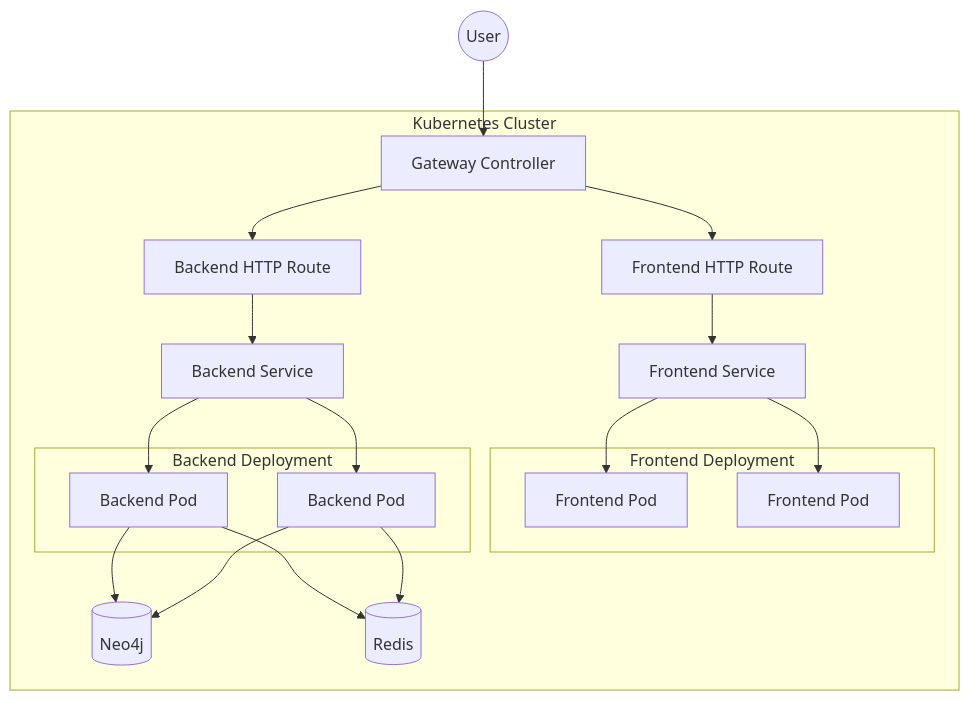
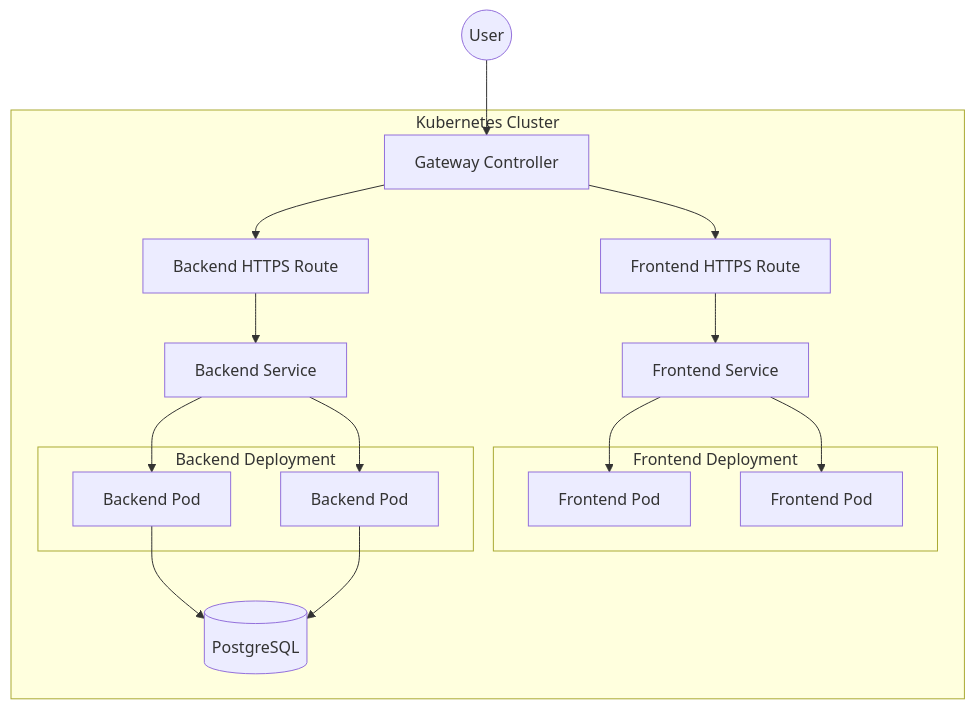
One commit to arikkfir/greenstar changed the diagram in ARCHITECTURE.md. Above: the diagram before and after it, drawn with Mermaid.

Commit message:
docs: update databases in architecture diagram

````diff
--- a/ARCHITECTURE.md
+++ b/ARCHITECTURE.md
@@ -3,37 +3,34 @@
 ```mermaid
 flowchart TB
     user(("User"))
     user --> gateway
     subgraph k8s ["Kubernetes Cluster"]
         gateway["Gateway Controller"]
     %% Frontend
         gateway --> frontendHTTPRoute
-        frontendHTTPRoute["Frontend HTTP Route"]
+        frontendHTTPRoute["Frontend HTTPS Route"]
         frontendService["Frontend Service"]
         frontendHTTPRoute --> frontendService
         frontendService --> frontendPod1
         frontendService --> frontendPod2
         subgraph frontendDeployment["Frontend Deployment"]
             frontendPod1["Frontend Pod"]
             frontendPod2["Frontend Pod"]
         end
     %% Backend
         gateway --> backendHTTPRoute
-        backendHTTPRoute["Backend HTTP Route"]
+        backendHTTPRoute["Backend HTTPS Route"]
         backendService["Backend Service"]
         backendHTTPRoute --> backendService
         backendService --> backendPod1
         backendService --> backendPod2
         subgraph backendDeployment["Backend Deployment"]
             backendPod1["Backend Pod"]
             backendPod2["Backend Pod"]
         end
     %% Database
-        neo4j[(Neo4j)]
-        backendPod1 --> neo4j
-        backendPod2 --> neo4j
-        redis[(Redis)]
-        backendPod1 --> redis
-        backendPod2 --> redis
+        postgres[(PostgreSQL)]
+        backendPod1 --> postgres
+        backendPod2 --> postgres
     end
 ```
````
